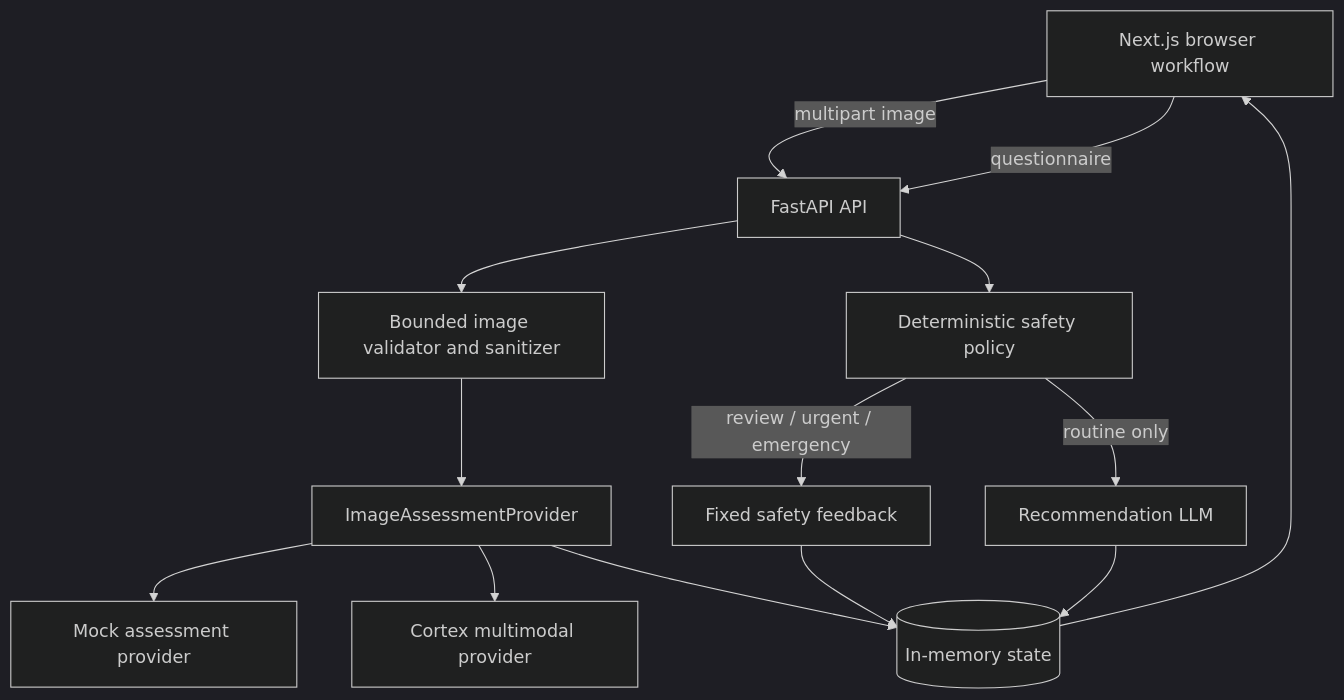
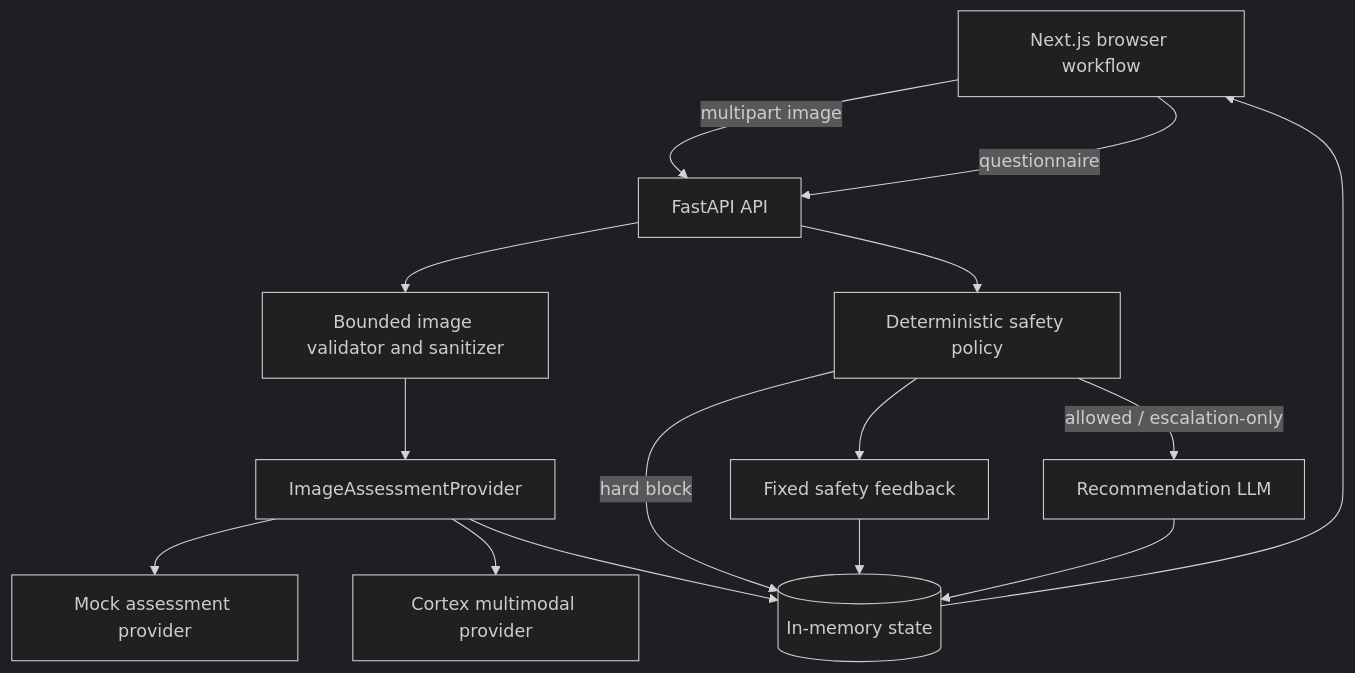
Before and after one commit to 2024bse134-afk/skinSenseAfrica: the diagram in README.md, drawn with Mermaid (dark theme). The commit also changed other lines of this file and 25 other files, not shown here.

````diff
--- a/README.md
+++ b/README.md
@@ -100,27 +108,28 @@
 ```mermaid
 flowchart TD
     Browser[Next.js browser workflow]
     API[FastAPI API]
     Validator[Bounded image validator and sanitizer]
     Assessment[ImageAssessmentProvider]
     MockA[Mock assessment provider]
     CortexA[Cortex multimodal provider]
     Safety[Deterministic safety policy]
     Feedback[Fixed safety feedback]
     Recommendation[Recommendation LLM]
     Store[(In-memory state)]
 
     Browser -->|multipart image| API
     API --> Validator
     Validator --> Assessment
     Assessment --> MockA
     Assessment --> CortexA
     Assessment --> Store
     Browser -->|questionnaire| API
     API --> Safety
-    Safety -->|review / urgent / emergency| Feedback
-    Safety -->|routine only| Recommendation
+    Safety --> Feedback
+    Safety -->|allowed / escalation-only| Recommendation
+    Safety -->|hard block| Store
     Feedback --> Store
     Recommendation --> Store
     Store --> Browser
 ```
````
